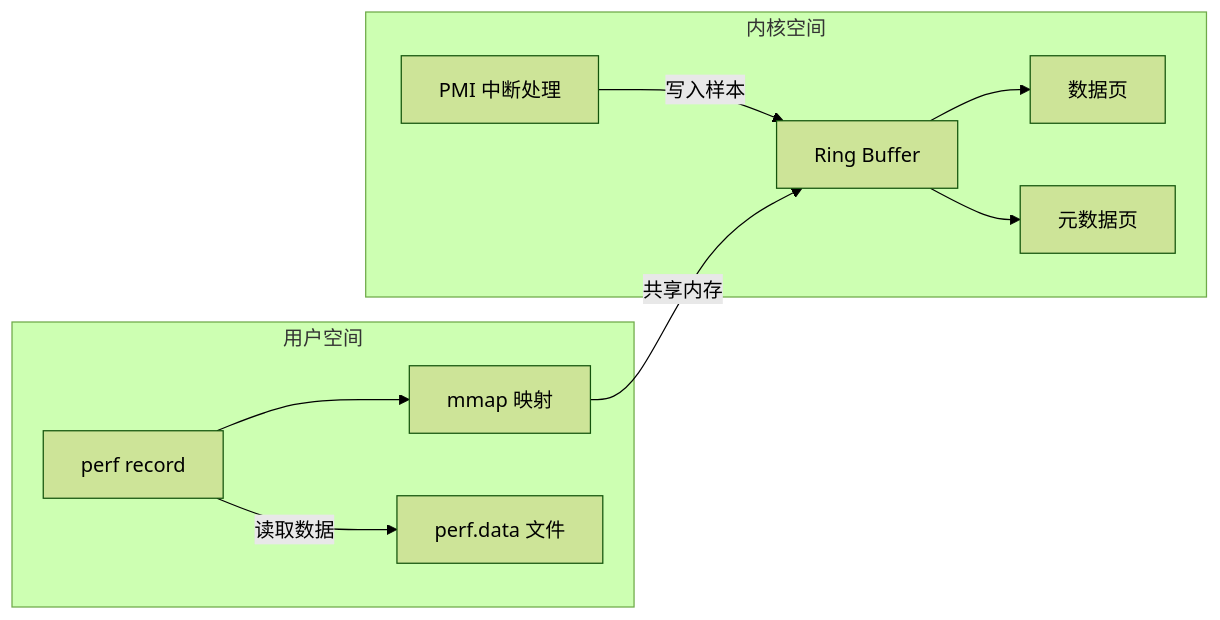
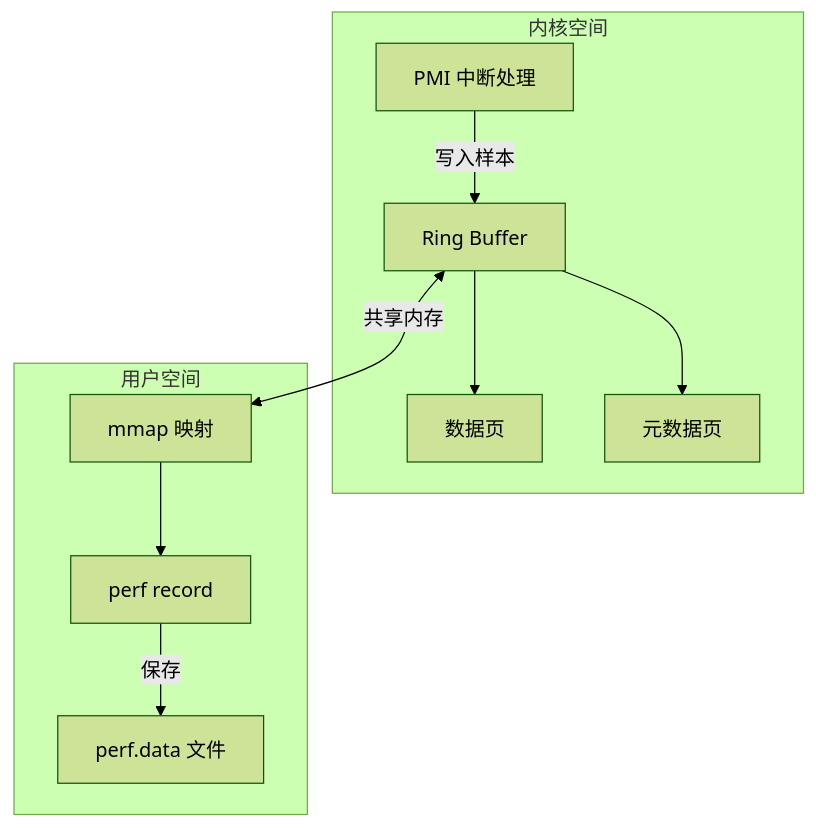
Before and after one commit to jpixy/jpixy.github.io: the sixth of 13 diagrams in content/articles/linux/linux-37-perf性能分析工具深度解析.md, drawn with Mermaid (forest theme). The commit also changed other lines of this file, not shown here.

Commit message:
fix: convert horizontal Mermaid diagrams to vertical layout

````diff
--- a/content/articles/linux/linux-37-perf性能分析工具深度解析.md
+++ b/content/articles/linux/linux-37-perf性能分析工具深度解析.md
@@ -393,22 +390,22 @@
 ```mermaid
-graph LR
+graph TB
     subgraph 内核空间
         A[PMI 中断处理]
         B[Ring Buffer]
         C[数据页]
         D[元数据页]
     end
 
     subgraph 用户空间
         E[perf record]
         F[mmap 映射]
         G[perf.data 文件]
     end
 
     A -->|写入样本| B
     B --> C
     B --> D
-    F -->|共享内存| B
-    E --> F
-    E -->|读取数据| G
+    B <-->|共享内存| F
+    F --> E
+    E -->|保存| G
 ```
````
